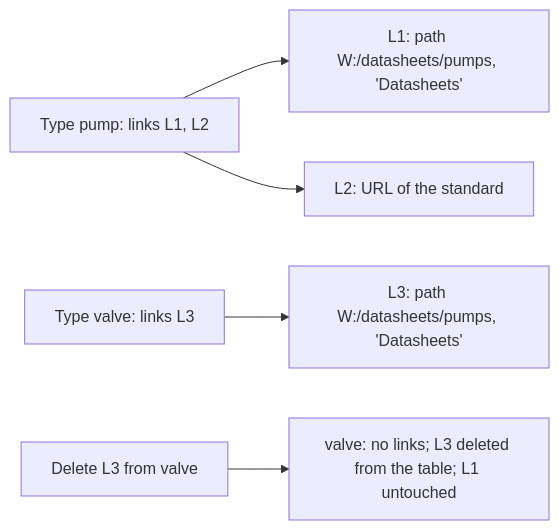
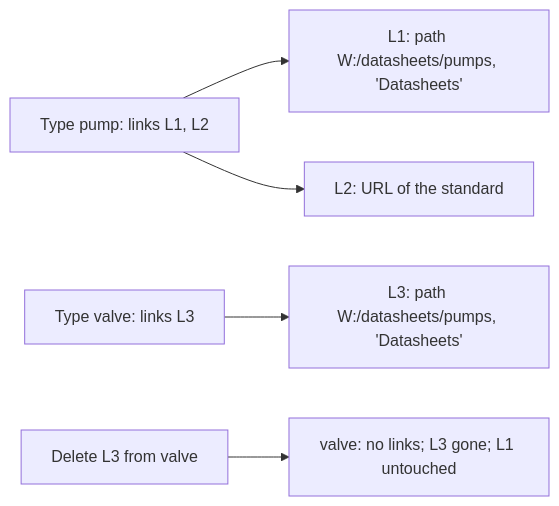
One commit to AlexandreGallais/synoptic-studio-spec changed the third of 3 diagrams in metadata/15-data-model.md. Above: the diagram before and after it, drawn with Mermaid. The commit also changed other lines of this file and 2 other files, not shown here.

````diff
--- a/metadata/15-data-model.md
+++ b/metadata/15-data-model.md
@@ -147,7 +148,7 @@
 ```mermaid
 flowchart LR
     T1["Type pump: links L1, L2"] --> L1["L1: path W:/datasheets/pumps, 'Datasheets'"]
     T1 --> L2["L2: URL of the standard"]
     T2["Type valve: links L3"] --> L3["L3: path W:/datasheets/pumps, 'Datasheets'"]
-    D["Delete L3 from valve"] --> R["valve: no links; L3 deleted from the table; L1 untouched"]
+    D["Delete L3 from valve"] --> R["valve: no links; L3 gone; L1 untouched"]
 ```
````
